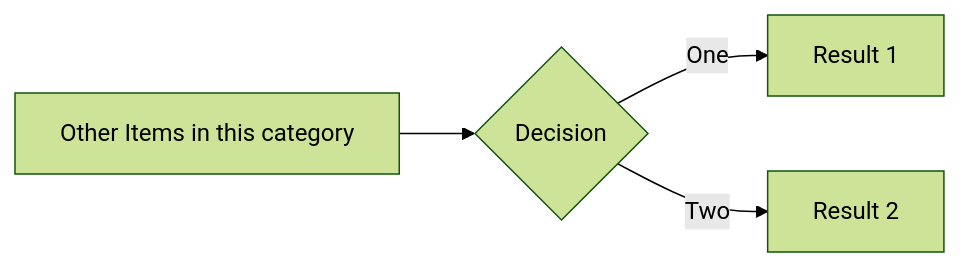
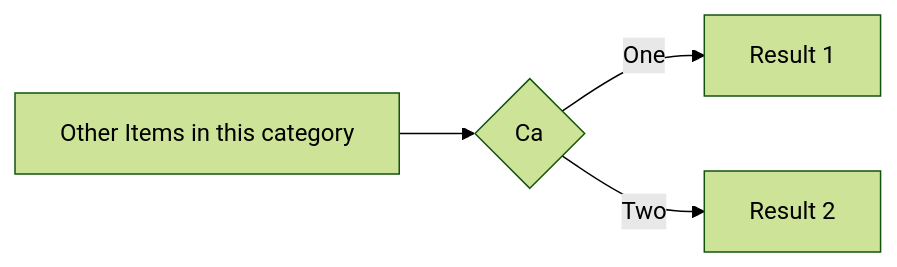
The diagram in slides.md (gerbssusd/dok), drawn with Mermaid (forest theme) before and after one commit.

````diff
--- a/slides.md
+++ b/slides.md
@@ -217,6 +217,6 @@
 ```mermaid {theme: 'neutral', scale: 0.8}
 graph LR
-B[Other Items in this category] --> C{Decision}
+B[Other Items in this category] --> C{Ca}
 C -->|One| D[Result 1]
 C -->|Two| E[Result 2]
 ```
````
